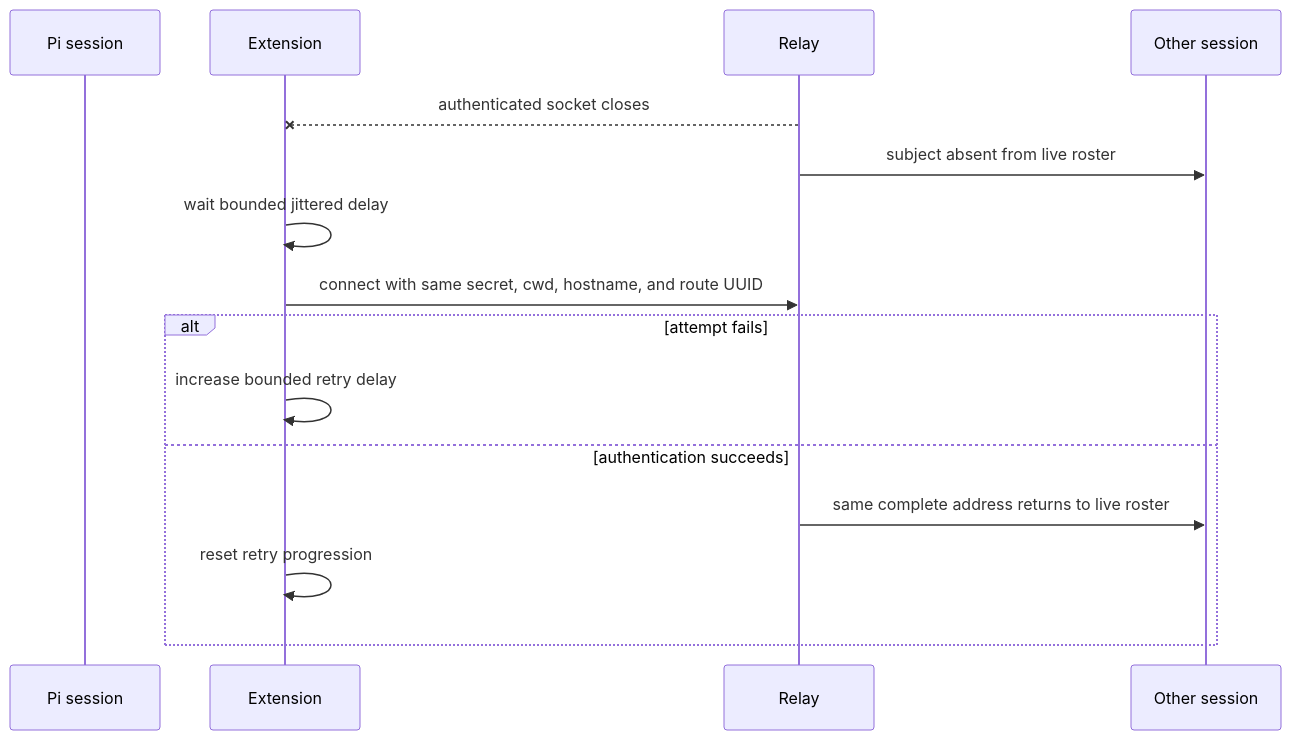
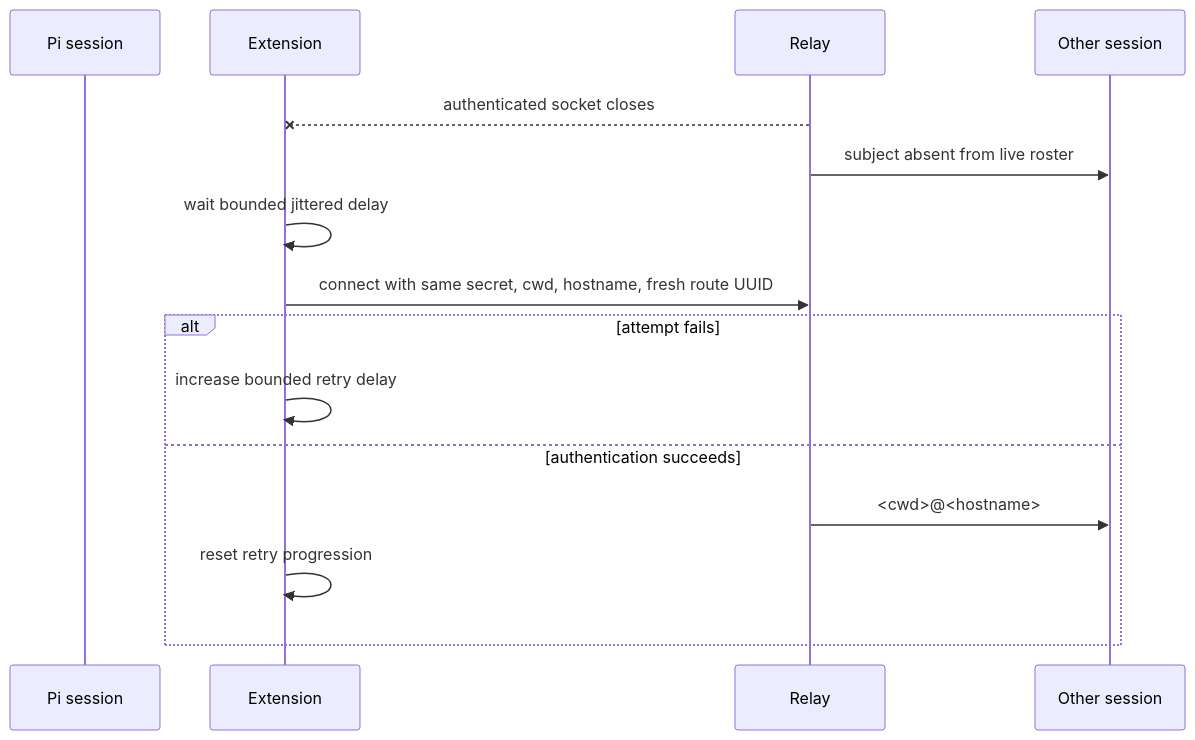
Before and after one commit to tigorlazuardi/pi-messaging-relay: the diagram in docs/src/content/docs/developer/relay/automatic-reconnect.mdx, drawn with Mermaid. The commit also changed other lines of this file and 14 other files, not shown here.

````diff
--- a/docs/src/content/docs/developer/relay/automatic-reconnect.mdx
+++ b/docs/src/content/docs/developer/relay/automatic-reconnect.mdx
@@ -15,17 +15,17 @@
 ```mermaid
 sequenceDiagram
     participant P as Pi session
     participant E as Extension
     participant R as Relay
     participant O as Other session
     R--xE: authenticated socket closes
     R->>O: subject absent from live roster
     E->>E: wait bounded jittered delay
-    E->>R: connect with same secret, cwd, hostname, and route UUID
+    E->>R: connect with same secret, cwd, hostname, fresh route UUID
     alt attempt fails
       E->>E: increase bounded retry delay
     else authentication succeeds
-      R->>O: same complete address returns to live roster
+      R->>O: <cwd>@<hostname>#<new route UUID> returns to live roster
       E->>E: reset retry progression
     end
 ```
````
